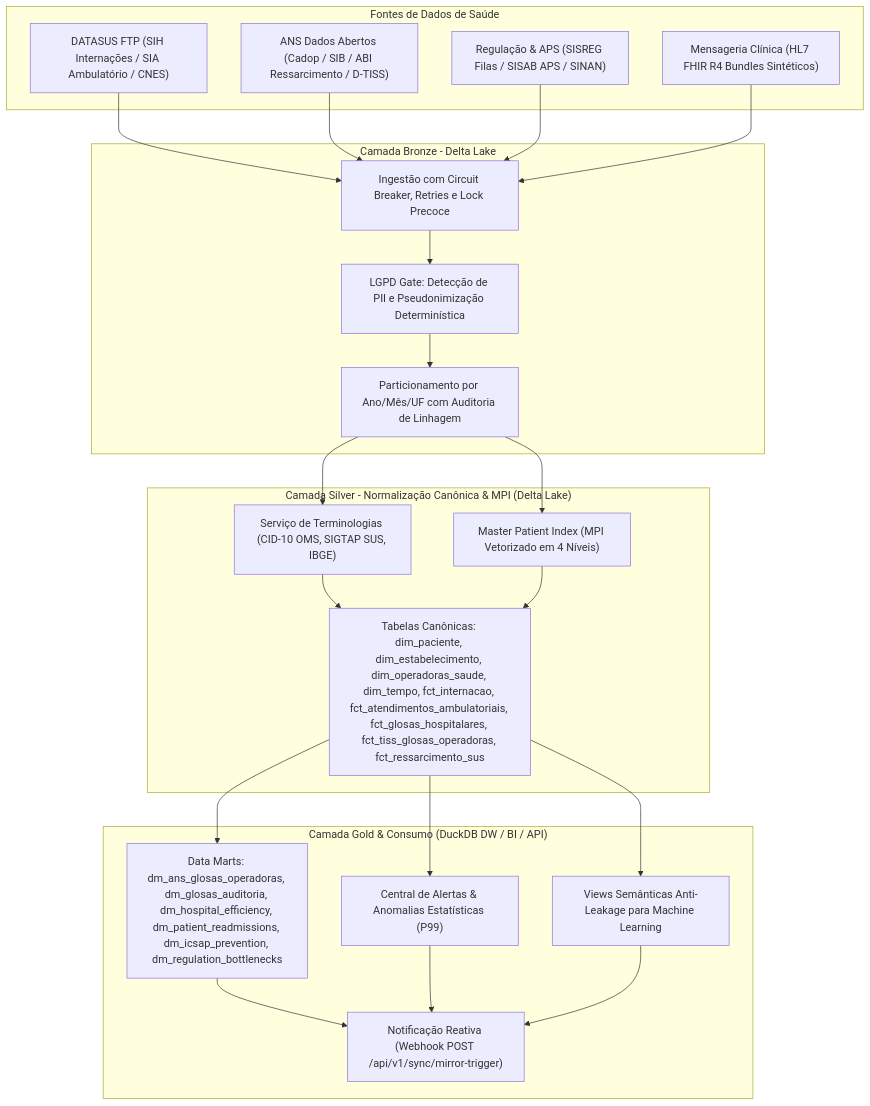
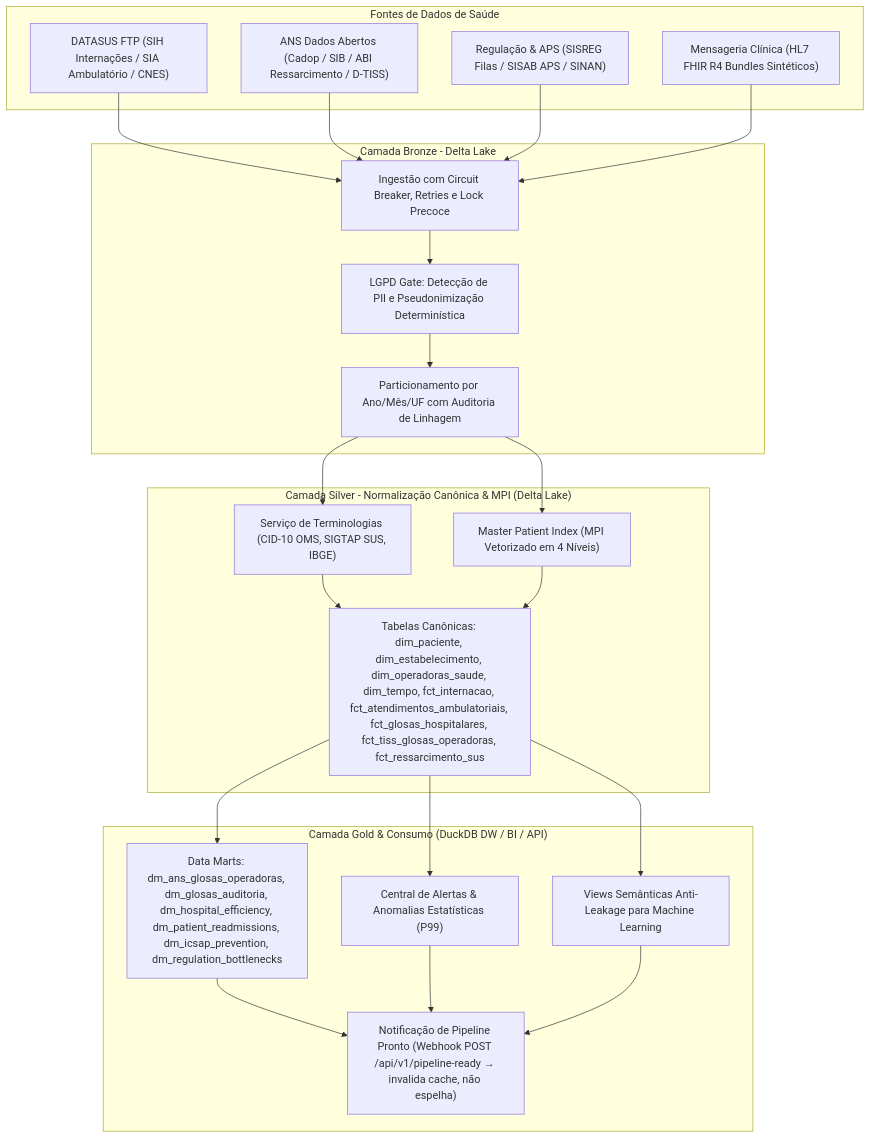
One commit to marlonmelo12/QIMED_Pipeline changed the diagram in README.md. Above: the diagram before and after it, drawn with Mermaid. The commit also changed other lines of this file and 71 other files, not shown here.

````diff
--- a/README.md
+++ b/README.md
@@ -13,32 +13,32 @@
 ```mermaid
 graph TD
     subgraph "Fontes de Dados de Saúde"
         S1["DATASUS FTP (SIH Internações / SIA Ambulatório / CNES)"]
         S2["ANS Dados Abertos (Cadop / SIB / ABI Ressarcimento / D-TISS)"]
         S3["Regulação & APS (SISREG Filas / SISAB APS / SINAN)"]
         S4["Mensageria Clínica (HL7 FHIR R4 Bundles Sintéticos)"]
     end
 
     subgraph "Camada Bronze - Delta Lake"
         B1["Ingestão com Circuit Breaker, Retries e Lock Precoce"]
         B2["LGPD Gate: Detecção de PII e Pseudonimização Determinística"]
         B3["Particionamento por Ano/Mês/UF com Auditoria de Linhagem"]
     end
 
     subgraph "Camada Silver - Normalização Canônica & MPI (Delta Lake)"
         T1["Serviço de Terminologias (CID-10 OMS, SIGTAP SUS, IBGE)"]
         T2["Master Patient Index (MPI Vetorizado em 4 Níveis)"]
         T3["Tabelas Canônicas: dim_paciente, dim_estabelecimento, dim_operadoras_saude, dim_tempo, fct_internacao, fct_atendimentos_ambulatoriais, fct_glosas_hospitalares, fct_tiss_glosas_operadoras, fct_ressarcimento_sus"]
     end
 
     subgraph "Camada Gold & Consumo (DuckDB DW / BI / API)"
         G1["Data Marts: dm_ans_glosas_operadoras, dm_glosas_auditoria, dm_hospital_efficiency, dm_patient_readmissions, dm_icsap_prevention, dm_regulation_bottlenecks"]
         G2["Central de Alertas & Anomalias Estatísticas (P99)"]
         G3["Views Semânticas Anti-Leakage para Machine Learning"]
-        G4["Notificação Reativa (Webhook POST /api/v1/sync/mirror-trigger)"]
+        G4["Notificação de Pipeline Pronto (Webhook POST /api/v1/pipeline-ready → invalida cache, não espelha)"]
     end
 
     S1 & S2 & S3 & S4 --> B1 --> B2 --> B3
     B3 --> T1 & T2 --> T3
     T3 --> G1 & G2 & G3 --> G4
 ```
````
